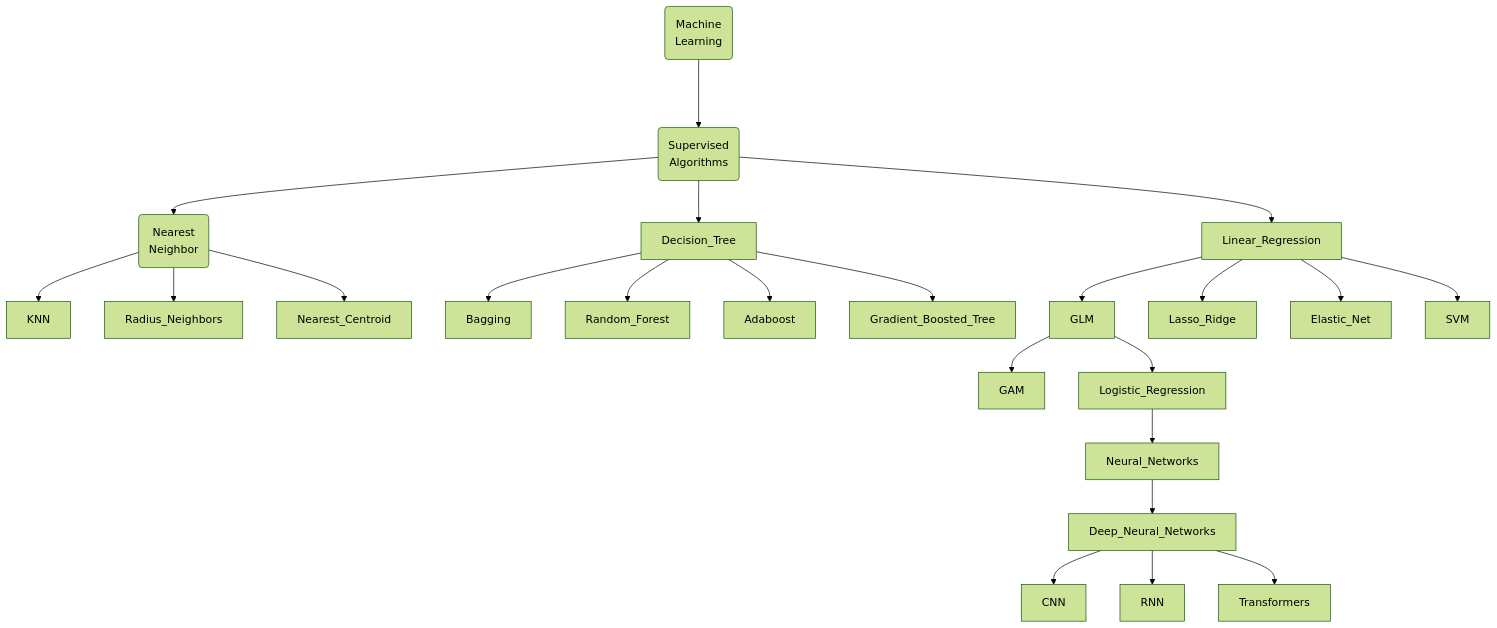
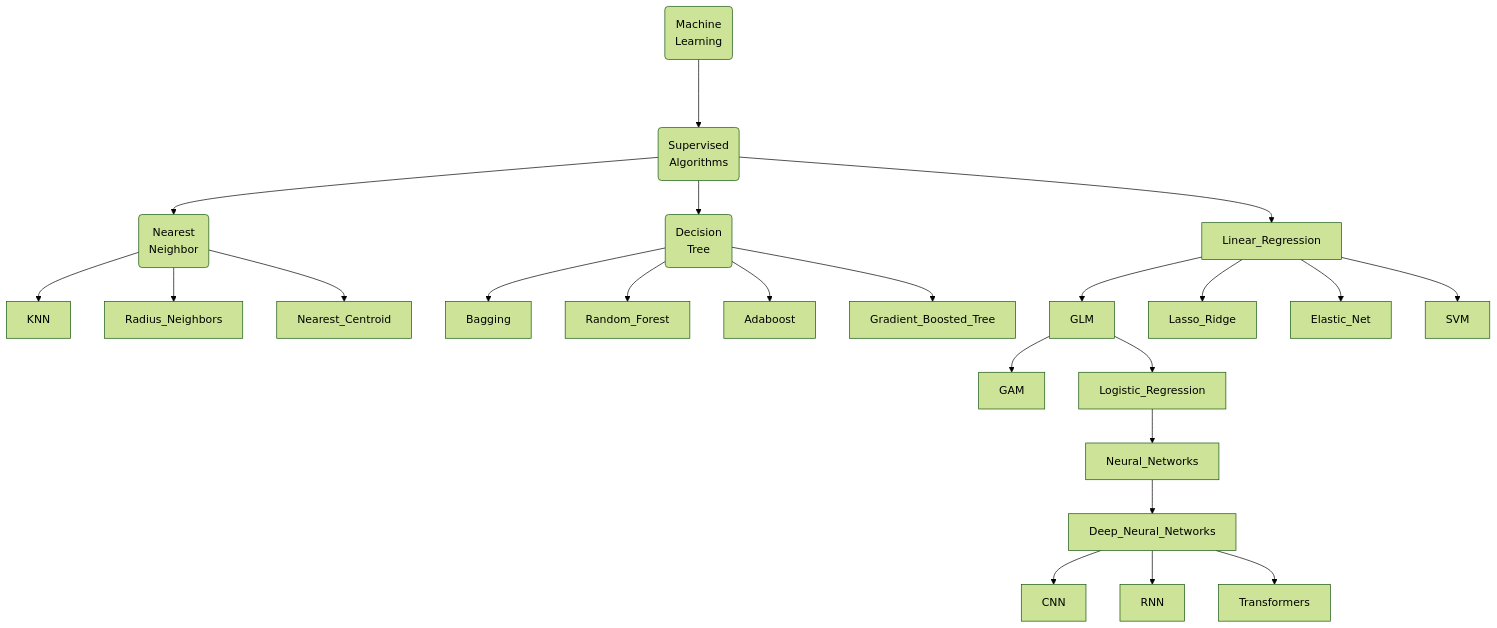
Before and after one commit to hwetsman/Public_Notes: the diagram in ML_Tree.md, drawn with Mermaid (forest theme).

Commit message:
Refactor: fix decision tree

`````diff
--- a/ML_Tree.md
+++ b/ML_Tree.md
@@ -1,27 +1,27 @@
 ````mermaid
 flowchart TB
   Machine_Learning(Machine<br>Learning)
   Supervised(Supervised<br>Algorithms)
     Supervised-->Nearest(Nearest<br>Neighbor)
       Machine_Learning--->Supervised
     Nearest --> KNN
     Nearest --> Radius_Neighbors
     Nearest --> Nearest_Centroid
-    Supervised --> Decision_Tree
-    Decision_Tree --> Bagging
-    Decision_Tree --> Random_Forest
-    Decision_Tree --> Adaboost
-    Decision_Tree --> Gradient_Boosted_Tree
+    Supervised --> Decision(Decision<br>Tree)
+    Decision --> Bagging
+    Decision --> Random_Forest
+    Decision --> Adaboost
+    Decision --> Gradient_Boosted_Tree
     Supervised --> Linear_Regression
     Linear_Regression --> GLM
     GLM --> GAM
     GLM --> Logistic_Regression
     Logistic_Regression --> Neural_Networks
     Neural_Networks --> Deep_Neural_Networks
     Deep_Neural_Networks --> CNN
     Deep_Neural_Networks --> RNN
     Deep_Neural_Networks --> Transformers
     Linear_Regression --> Lasso_Ridge
     Linear_Regression --> Elastic_Net
     Linear_Regression --> SVM
 ````
`````
